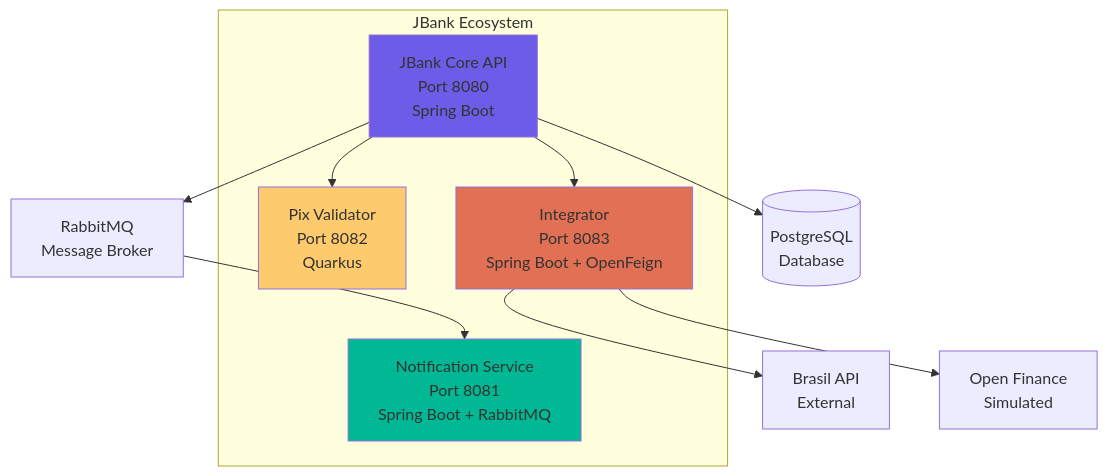
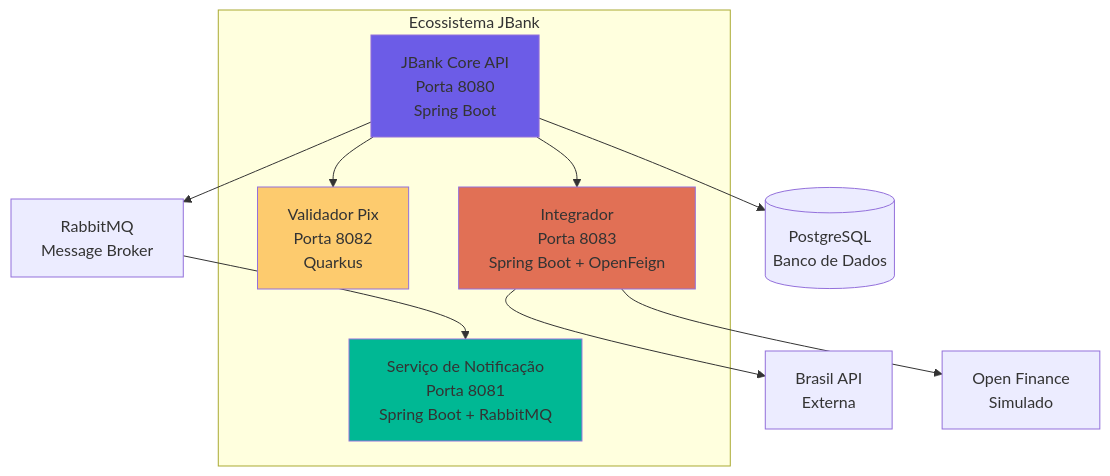
The second of 2 diagrams in README.md (engpamelams-creator/JBankCore_Project_Java), drawn with Mermaid before and after one commit. The commit also changed other lines of this file, not shown here.

````diff
--- a/README.md
+++ b/README.md
@@ -54,25 +54,25 @@
 ```mermaid
 graph TB
-    subgraph "JBank Ecosystem"
-        Core[JBank Core API<br/>Port 8080<br/>Spring Boot]
-        Notification[Notification Service<br/>Port 8081<br/>Spring Boot + RabbitMQ]
-        PixValidator[Pix Validator<br/>Port 8082<br/>Quarkus]
-        Integrator[Integrator<br/>Port 8083<br/>Spring Boot + OpenFeign]
+    subgraph "Ecossistema JBank"
+        Core[JBank Core API<br/>Porta 8080<br/>Spring Boot]
+        Notification[Serviço de Notificação<br/>Porta 8081<br/>Spring Boot + RabbitMQ]
+        PixValidator[Validador Pix<br/>Porta 8082<br/>Quarkus]
+        Integrator[Integrador<br/>Porta 8083<br/>Spring Boot + OpenFeign]
     end
     
     Core --> RabbitMQ[RabbitMQ<br/>Message Broker]
     RabbitMQ --> Notification
     
     Core --> PixValidator
     Core --> Integrator
     
-    Integrator --> BrasilAPI[Brasil API<br/>External]
-    Integrator --> OpenFinance[Open Finance<br/>Simulated]
+    Integrator --> BrasilAPI[Brasil API<br/>Externa]
+    Integrator --> OpenFinance[Open Finance<br/>Simulado]
     
-    Core --> PostgreSQL[(PostgreSQL<br/>Database)]
+    Core --> PostgreSQL[(PostgreSQL<br/>Banco de Dados)]
     
     style Core fill:#6c5ce7
     style Notification fill:#00b894
     style PixValidator fill:#fdcb6e
     style Integrator fill:#e17055
 ```
````
